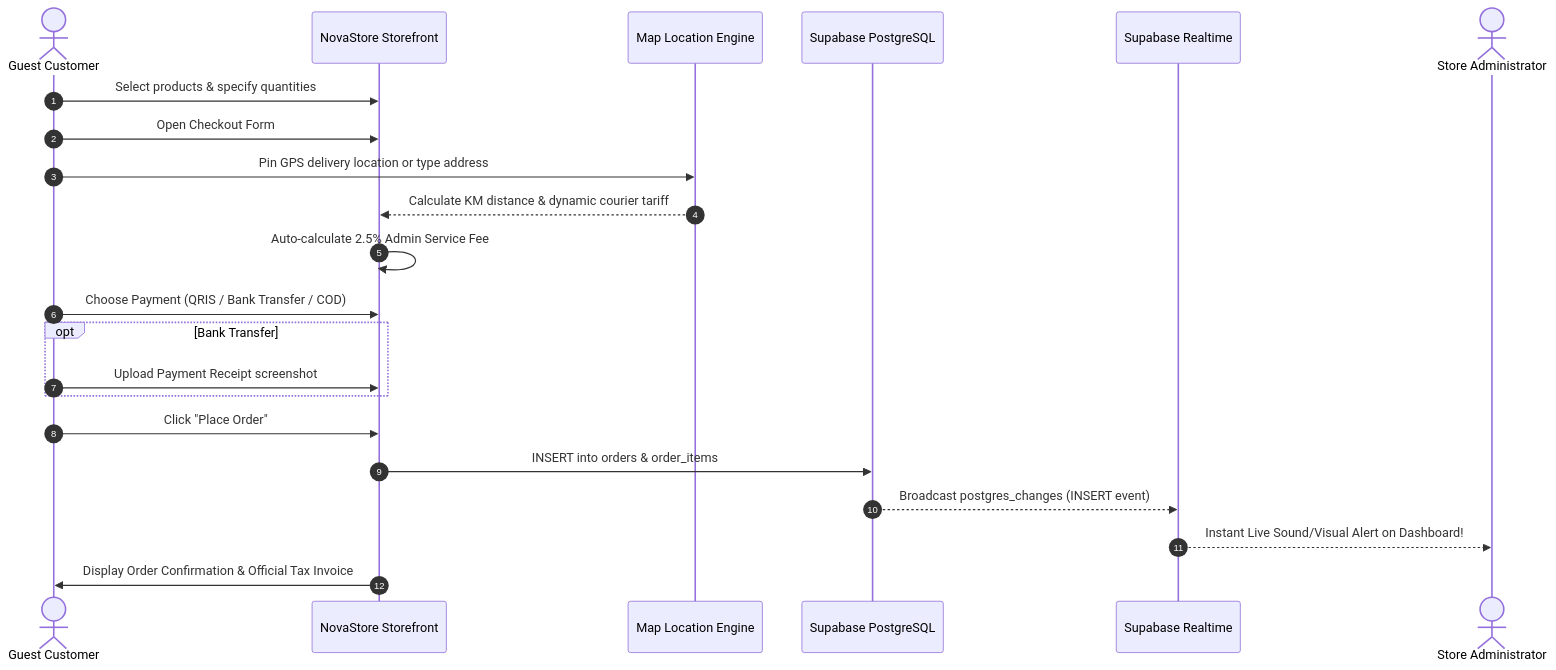
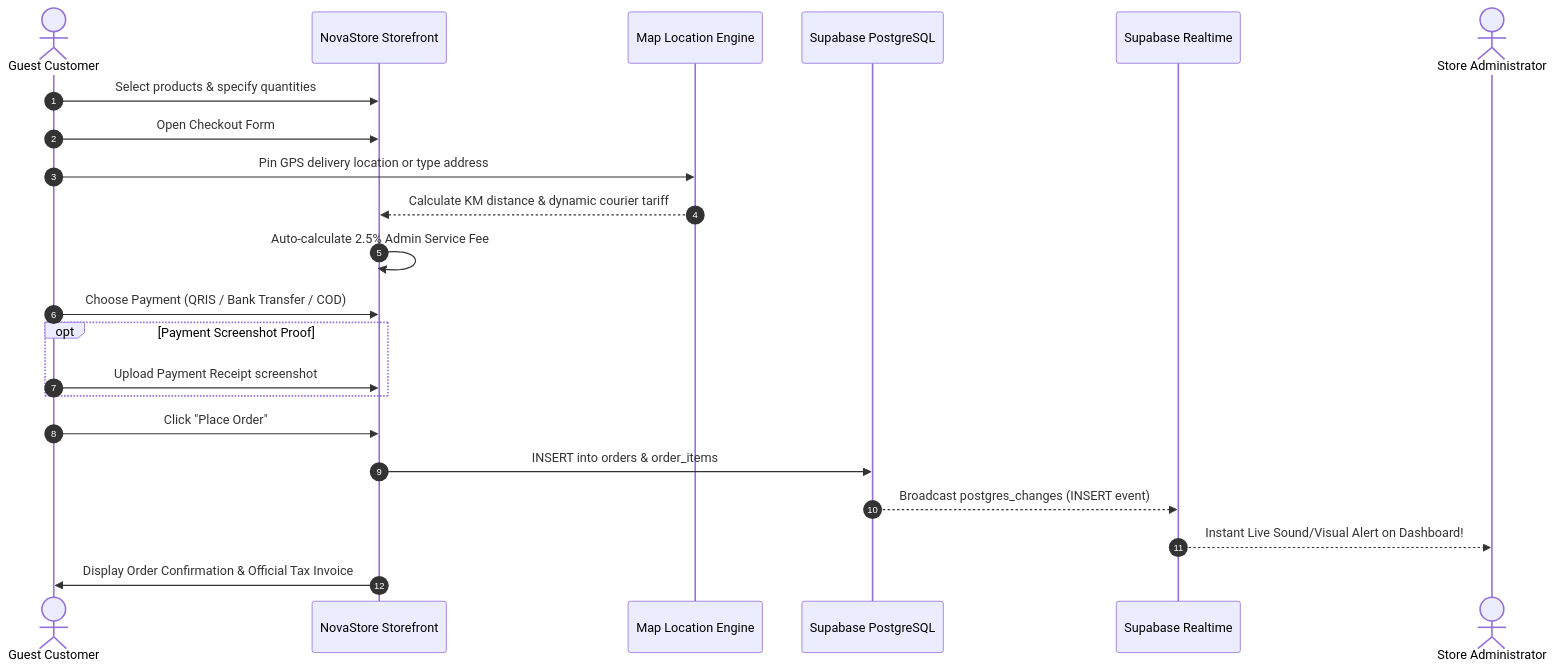
One commit to aam19azmi/Mini-E-Commerce-and-Realtime-Dashboard changed the second of 3 diagrams in docs/SYSTEM_FLOWCHART.md. Above: the diagram before and after it, drawn with Mermaid. The commit also changed other lines of this file and 15 other files, not shown here.

Commit message:
docs: add project documentation, architecture diagrams, and admin login page implementation

````diff
--- a/docs/SYSTEM_FLOWCHART.md
+++ b/docs/SYSTEM_FLOWCHART.md
@@ -48,25 +48,25 @@
 ```mermaid
 sequenceDiagram
     autonumber
     actor Customer as Guest Customer
     participant UI as NovaStore Storefront
     participant Map as Map Location Engine
     participant DB as Supabase PostgreSQL
     participant RT as Supabase Realtime
     actor Admin as Store Administrator
 
     Customer->>UI: Select products & specify quantities
     Customer->>UI: Open Checkout Form
     Customer->>Map: Pin GPS delivery location or type address
     Map-->>UI: Calculate KM distance & dynamic courier tariff
     UI->>UI: Auto-calculate 2.5% Admin Service Fee
     Customer->>UI: Choose Payment (QRIS / Bank Transfer / COD)
-    opt Bank Transfer
+    opt Payment Screenshot Proof
         Customer->>UI: Upload Payment Receipt screenshot
     end
     Customer->>UI: Click "Place Order"
     UI->>DB: INSERT into orders & order_items
     DB-->>RT: Broadcast postgres_changes (INSERT event)
     RT-->>Admin: Instant Live Sound/Visual Alert on Dashboard!
     UI->>Customer: Display Order Confirmation & Official Tax Invoice
 ```
````
